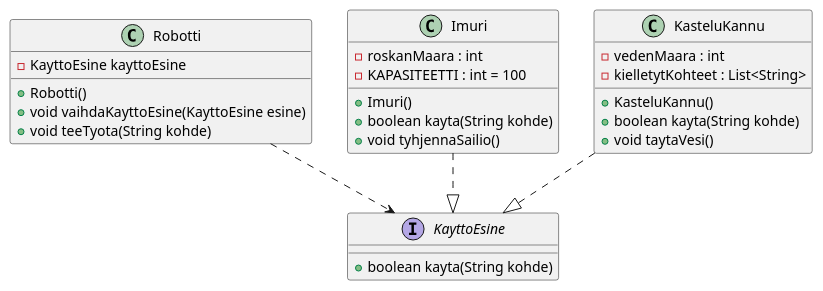
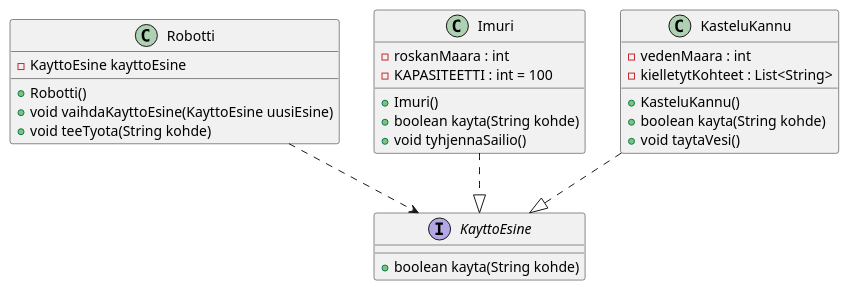
The diagram in src/exercises/3-9-kotityorobotti/handout.md (ohj-perus-jy/ohj2), drawn with PlantUML before and after one commit. The commit also changed other lines of this file and 3 other files, not shown here.

````diff
--- a/src/exercises/3-9-kotityorobotti/handout.md
+++ b/src/exercises/3-9-kotityorobotti/handout.md
@@ -8,34 +8,34 @@
 ```plantuml
 @startuml
 class Robotti {
     -KayttoEsine kayttoEsine
     +Robotti()
-    +void vaihdaKayttoEsine(KayttoEsine esine)
+    +void vaihdaKayttoEsine(KayttoEsine uusiEsine)
     +void teeTyota(String kohde)
 }
 
 interface KayttoEsine {
     +boolean kayta(String kohde)
 }
 
 class Imuri {
     -roskanMaara : int
     -KAPASITEETTI : int = 100
     +Imuri()
     +boolean kayta(String kohde)
     +void tyhjennaSailio()
 }
 
 class KasteluKannu {
     -vedenMaara : int
     -kielletytKohteet : List<String>
     +KasteluKannu()
     +boolean kayta(String kohde)
     +void taytaVesi()
 }
 
 Robotti ..> KayttoEsine
 Imuri ..|> KayttoEsine
 KasteluKannu ..|> KayttoEsine
 @enduml
 ```
````
